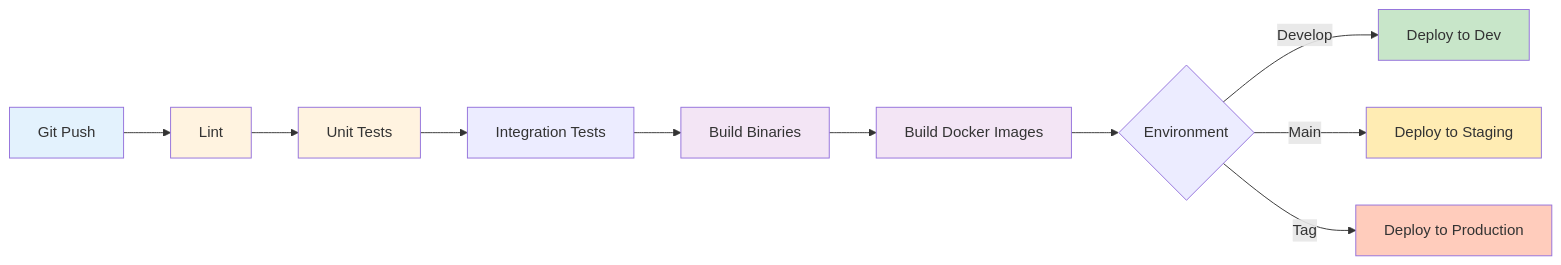
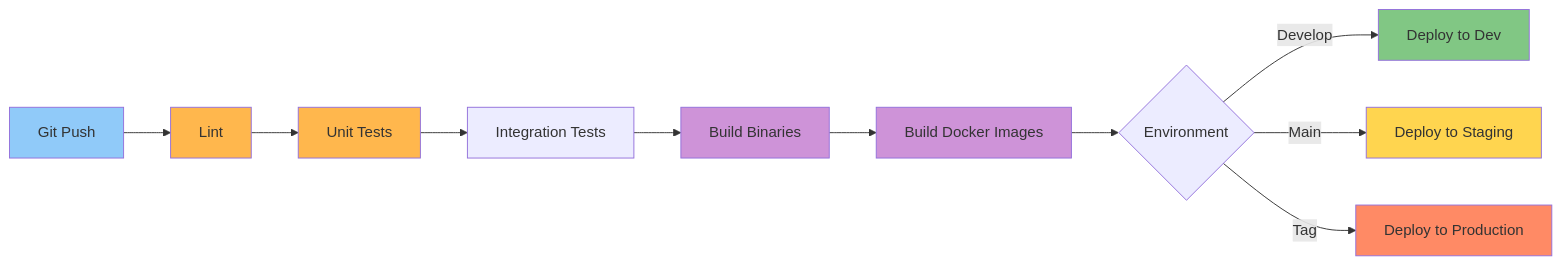
The tenth of 11 diagrams in docs/ARCHITECTURE.md (YouSangSon/database-service), drawn with Mermaid before and after one commit. The commit also changed other lines of this file and 5 other files, not shown here.

First line of the commit message:
Update to Go 1.25.4 and improve Mermaid diagram readability

````diff
--- a/docs/ARCHITECTURE.md
+++ b/docs/ARCHITECTURE.md
@@ -406,22 +406,22 @@
 ```mermaid
 graph LR
     A[Git Push] --> B[Lint]
     B --> C[Unit Tests]
     C --> D[Integration Tests]
     D --> E[Build Binaries]
     E --> F[Build Docker Images]
     F --> G{Environment}
 
     G -->|Develop| H[Deploy to Dev]
     G -->|Main| I[Deploy to Staging]
     G -->|Tag| J[Deploy to Production]
 
-    style A fill:#e3f2fd
-    style B fill:#fff3e0
-    style C fill:#fff3e0
-    style E fill:#f3e5f5
-    style F fill:#f3e5f5
-    style H fill:#c8e6c9
-    style I fill:#ffecb3
-    style J fill:#ffccbc
+    style A fill:#90caf9
+    style B fill:#ffb74d
+    style C fill:#ffb74d
+    style E fill:#ce93d8
+    style F fill:#ce93d8
+    style H fill:#81c784
+    style I fill:#ffd54f
+    style J fill:#ff8a65
 ```
````
